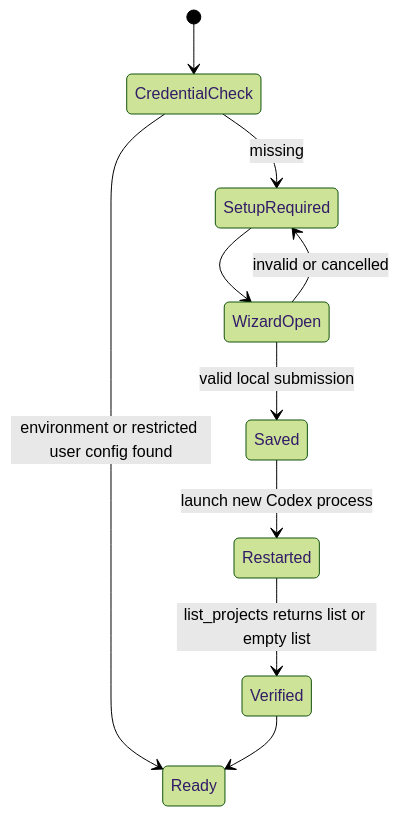
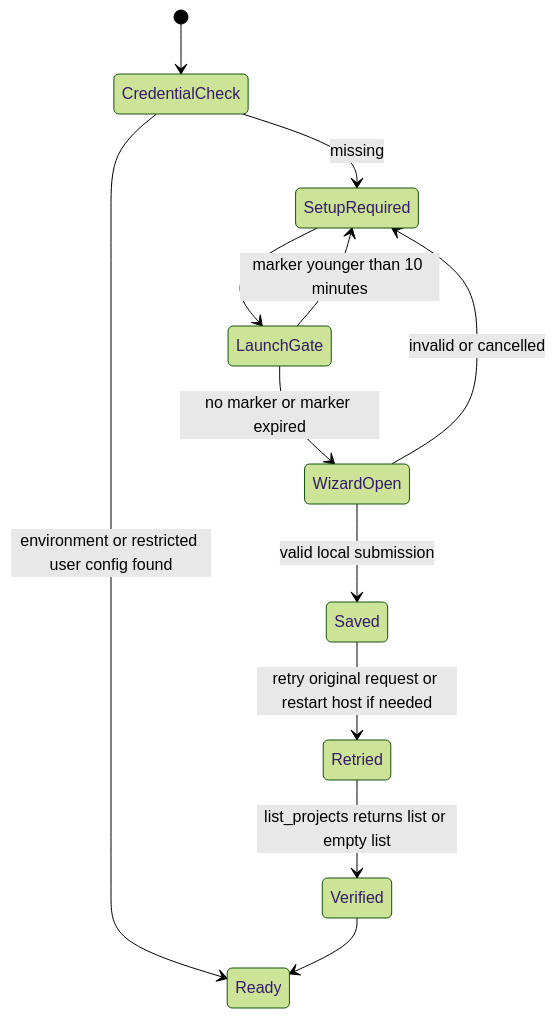
Before and after one commit to full-stack-plugins/stitch-design-plugin: the eighth of 11 diagrams in docs/Stitch-Design-Architecture.md, drawn with Mermaid (forest theme). The commit also changed other lines of this file and 17 other files, not shown here.

Commit message:
fix: open Stitch token setup on authentication failure

````diff
--- a/docs/Stitch-Design-Architecture.md
+++ b/docs/Stitch-Design-Architecture.md
@@ -175,12 +175,14 @@
 ```mermaid
 stateDiagram-v2
     [*] --> CredentialCheck
     CredentialCheck --> Ready: environment or restricted user config found
     CredentialCheck --> SetupRequired: missing
-    SetupRequired --> WizardOpen
+    SetupRequired --> LaunchGate
+    LaunchGate --> WizardOpen: no marker or marker expired
+    LaunchGate --> SetupRequired: marker younger than 10 minutes
     WizardOpen --> Saved: valid local submission
-    Saved --> Restarted: launch new Codex process
-    Restarted --> Verified: list_projects returns list or empty list
+    Saved --> Retried: retry original request or restart host if needed
+    Retried --> Verified: list_projects returns list or empty list
     Verified --> Ready
     WizardOpen --> SetupRequired: invalid or cancelled
 ```
````
